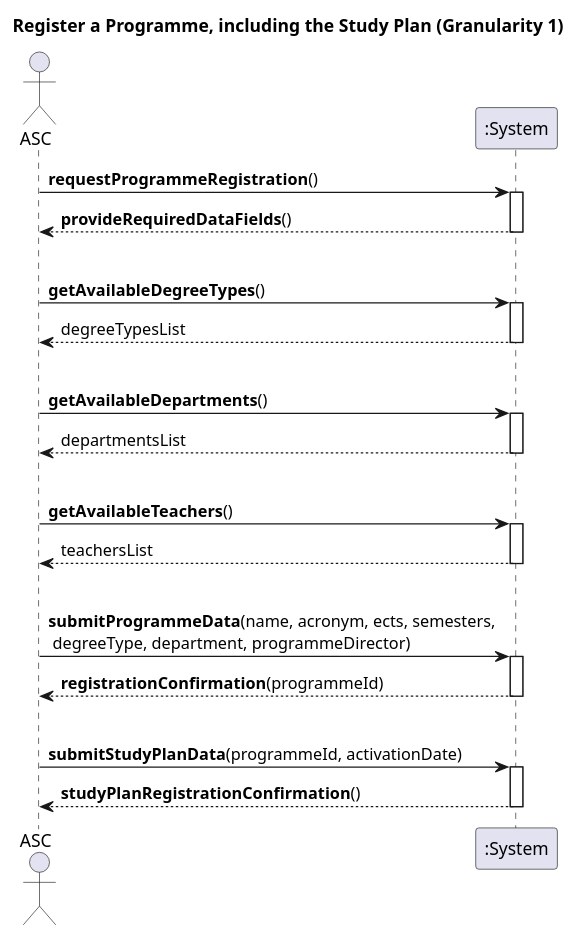
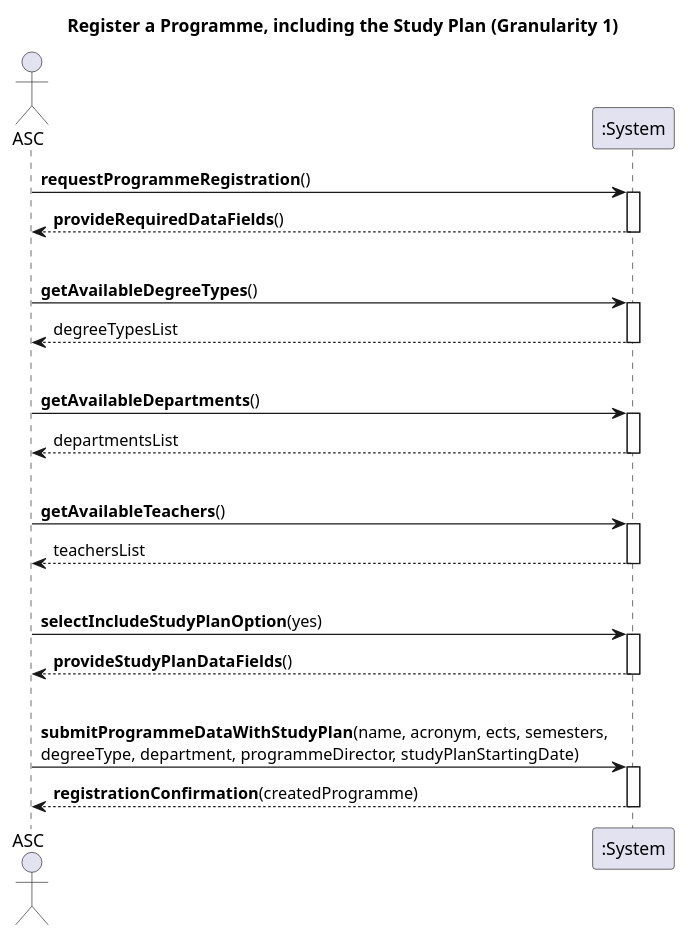
The diagram in docs/US27/Sprint6/ProcessView/Level1.puml (GasparISEP/DevOps-PAI), drawn with PlantUML before and after one commit.

Commit message:
Refactored level 1 processView for register programme, including study plan functionality. (Ref #527)

```diff
--- a/docs/US27/Sprint6/ProcessView/Level1.puml
+++ b/docs/US27/Sprint6/ProcessView/Level1.puml
@@ -1,35 +1,36 @@
 @startuml
 title Register a Programme, including the Study Plan (Granularity 1)
 actor ASC
 participant ":System" as system
 
 ASC -> system: **requestProgrammeRegistration**()
 activate system
 system --> ASC: **provideRequiredDataFields**()
 deactivate system
 |||
 ASC -> system: **getAvailableDegreeTypes**()
 activate system
 system --> ASC: degreeTypesList
 deactivate system
 |||
 ASC -> system: **getAvailableDepartments**()
 activate system
 system --> ASC: departmentsList
 deactivate system
 |||
 ASC -> system: **getAvailableTeachers**()
 activate system
 system --> ASC: teachersList
 deactivate system
 |||
-ASC -> system: **submitProgrammeData**(name, acronym, ects, semesters,\n degreeType, department, programmeDirector)
+ASC -> system: **selectIncludeStudyPlanOption**(yes)
 activate system
-system --> ASC: **registrationConfirmation**(programmeId)
+system --> ASC: **provideStudyPlanDataFields**()
 deactivate system
 |||
-ASC -> system: **submitStudyPlanData**(programmeId, activationDate)
+ASC -> system: **submitProgrammeDataWithStudyPlan**(name, acronym, ects, semesters, \ndegreeType, department, programmeDirector, studyPlanStartingDate)
 activate system
-system --> ASC: **studyPlanRegistrationConfirmation**()
+system --> ASC: **registrationConfirmation**(createdProgramme)
 deactivate system
+
 @enduml
```
